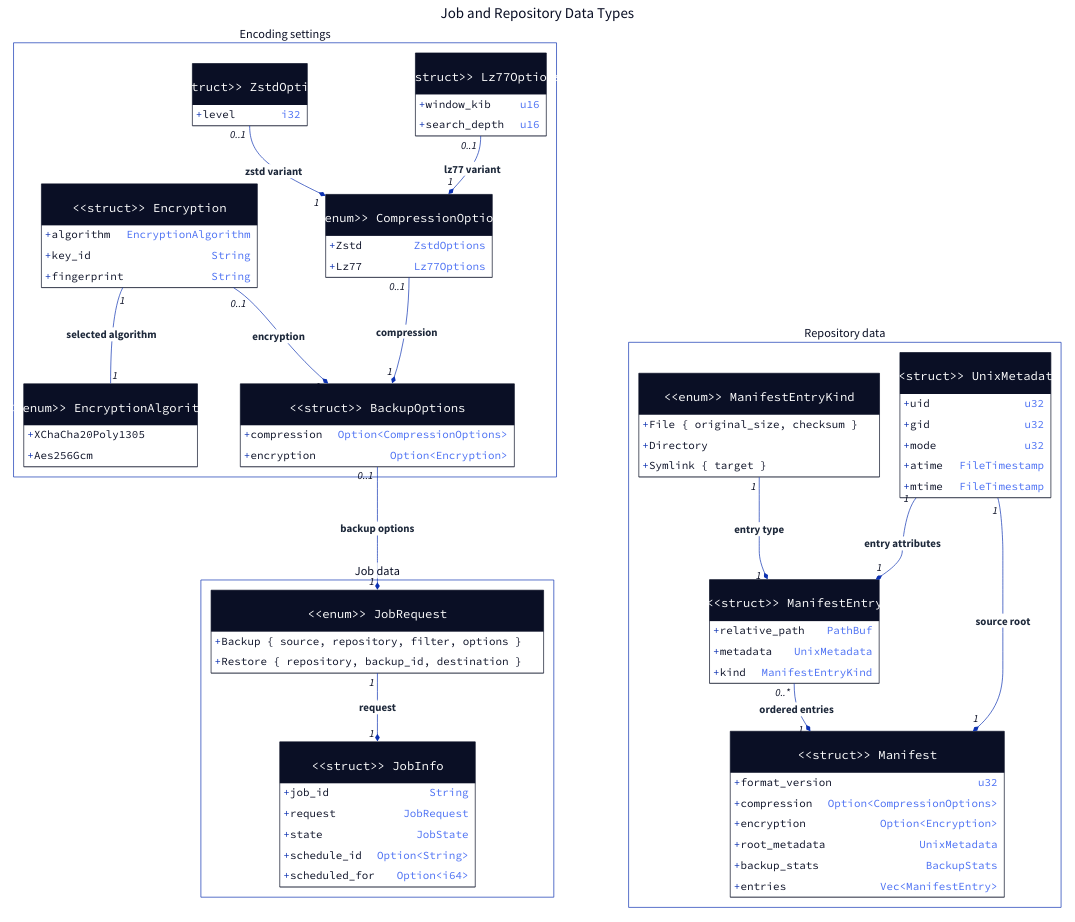
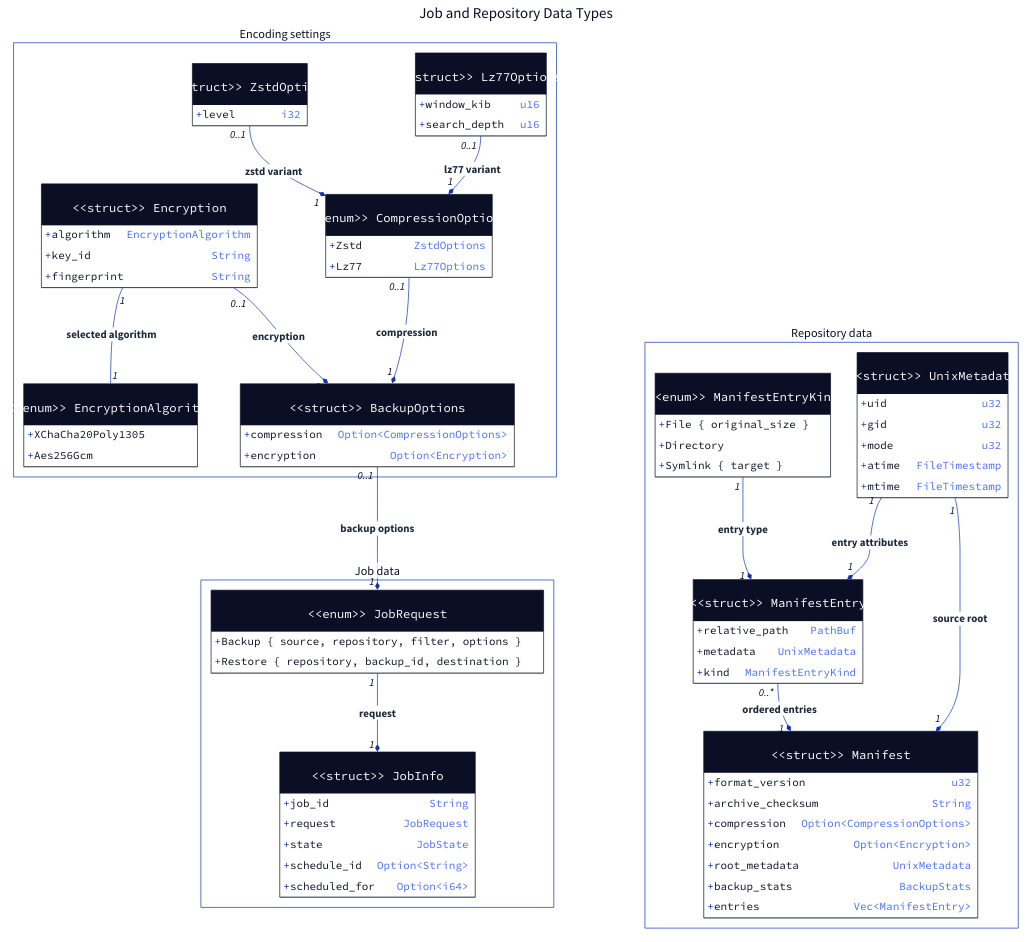
Before and after one commit to qi7876/software-development-exp: the diagram in docs/report/generated/system-class-domain.d2, drawn with D2. The commit also changed 28 other files, not shown here.

```diff
--- a/docs/report/generated/system-class-domain.d2
+++ b/docs/report/generated/system-class-domain.d2
@@ -1,159 +1,160 @@
 # Generated from docs/report/model.yaml; do not edit directly.
 direction: down
 **.style.font-size: 32
 (** -> **)[*].style: {font-size: 32; bold: true; italic: false; font-color: "#1E293B"}
 (** -- **)[*].style: {font-size: 32; bold: true; italic: false; font-color: "#1E293B"}
 (** <- **)[*].style: {font-size: 32; bold: true; italic: false; font-color: "#1E293B"}
 diagram: "Job and Repository Data Types" {
   style.font-size: 44
   style.fill: white
   style.stroke: transparent
   package_0: "Job data" {
     style.font-size: 36
     style.fill: white
     JobInfo: "<<struct>>\nJobInfo" {
       shape: class
       "+ job_id": "String"
       "+ request": "JobRequest"
       "+ state": "JobState"
       "+ schedule_id": "Option<String>"
       "+ scheduled_for": "Option<i64>"
     }
     JobRequest: "<<enum>>\nJobRequest" {
       shape: class
       "+ Backup { source, repository, filter, options }"
       "+ Restore { repository, backup_id, destination }"
     }
   }
   package_1: "Encoding settings" {
     style.font-size: 36
     style.fill: white
     Options: "<<struct>>\nBackupOptions" {
       shape: class
       "+ compression": "Option<CompressionOptions>"
       "+ encryption": "Option<Encryption>"
     }
     Zstd: "<<struct>>\nZstdOptions" {
       shape: class
       "+ level": "i32"
     }
     Encryption: "<<struct>>\nEncryption" {
       shape: class
       "+ algorithm": "EncryptionAlgorithm"
       "+ key_id": "String"
       "+ fingerprint": "String"
     }
     Compression: "<<enum>>\nCompressionOptions" {
       shape: class
       "+ Zstd": "ZstdOptions"
       "+ Lz77": "Lz77Options"
     }
     Lz77: "<<struct>>\nLz77Options" {
       shape: class
       "+ window_kib": "u16"
       "+ search_depth": "u16"
     }
     Algorithm: "<<enum>>\nEncryptionAlgorithm" {
       shape: class
       "+ XChaCha20Poly1305"
       "+ Aes256Gcm"
     }
   }
   package_2: "Repository data" {
     style.font-size: 36
     style.fill: white
     Manifest: "<<struct>>\nManifest" {
       shape: class
       "+ format_version": "u32"
+      "+ archive_checksum": "String"
       "+ compression": "Option<CompressionOptions>"
       "+ encryption": "Option<Encryption>"
       "+ root_metadata": "UnixMetadata"
       "+ backup_stats": "BackupStats"
       "+ entries": "Vec<ManifestEntry>"
     }
     Entry: "<<struct>>\nManifestEntry" {
       shape: class
       "+ relative_path": "PathBuf"
       "+ metadata": "UnixMetadata"
       "+ kind": "ManifestEntryKind"
     }
     Kind: "<<enum>>\nManifestEntryKind" {
       shape: class
-      "+ File { original_size, checksum }"
+      "+ File { original_size }"
       "+ Directory"
       "+ Symlink { target }"
     }
     Metadata: "<<struct>>\nUnixMetadata" {
       shape: class
       "+ uid": "u32"
       "+ gid": "u32"
       "+ mode": "u32"
       "+ atime": "FileTimestamp"
       "+ mtime": "FileTimestamp"
     }
   }
   package_0.JobInfo <- package_0.JobRequest: "request" {
     source-arrowhead.label: "1"
     target-arrowhead.label: "1"
     source-arrowhead.shape: diamond
     source-arrowhead.style.filled: true
   }
   package_0.JobRequest <- package_1.Options: "backup options" {
     source-arrowhead.label: "1"
     target-arrowhead.label: "0..1"
     source-arrowhead.shape: diamond
     source-arrowhead.style.filled: true
   }
   package_1.Options <- package_1.Compression: "compression" {
     source-arrowhead.label: "1"
     target-arrowhead.label: "0..1"
     source-arrowhead.shape: diamond
     source-arrowhead.style.filled: true
   }
   package_1.Options <- package_1.Encryption: "encryption" {
     source-arrowhead.label: "1"
     target-arrowhead.label: "0..1"
     source-arrowhead.shape: diamond
     source-arrowhead.style.filled: true
   }
   package_2.Manifest <- package_2.Entry: "ordered entries" {
     source-arrowhead.label: "1"
     target-arrowhead.label: "0..*"
     source-arrowhead.shape: diamond
     source-arrowhead.style.filled: true
   }
   package_2.Manifest <- package_2.Metadata: "source root" {
     source-arrowhead.label: "1"
     target-arrowhead.label: "1"
     source-arrowhead.shape: diamond
     source-arrowhead.style.filled: true
   }
   package_2.Entry <- package_2.Metadata: "entry attributes" {
     source-arrowhead.label: "1"
     target-arrowhead.label: "1"
     source-arrowhead.shape: diamond
     source-arrowhead.style.filled: true
   }
   package_2.Entry <- package_2.Kind: "entry type" {
     source-arrowhead.label: "1"
     target-arrowhead.label: "1"
     source-arrowhead.shape: diamond
     source-arrowhead.style.filled: true
   }
   package_1.Compression <- package_1.Zstd: "zstd variant" {
     source-arrowhead.label: "1"
     target-arrowhead.label: "0..1"
     source-arrowhead.shape: diamond
     source-arrowhead.style.filled: true
   }
   package_1.Compression <- package_1.Lz77: "lz77 variant" {
     source-arrowhead.label: "1"
     target-arrowhead.label: "0..1"
     source-arrowhead.shape: diamond
     source-arrowhead.style.filled: true
   }
   package_1.Encryption -- package_1.Algorithm: "selected algorithm" {
     source-arrowhead.label: "1"
     target-arrowhead.label: "1"
   }
 }
```
